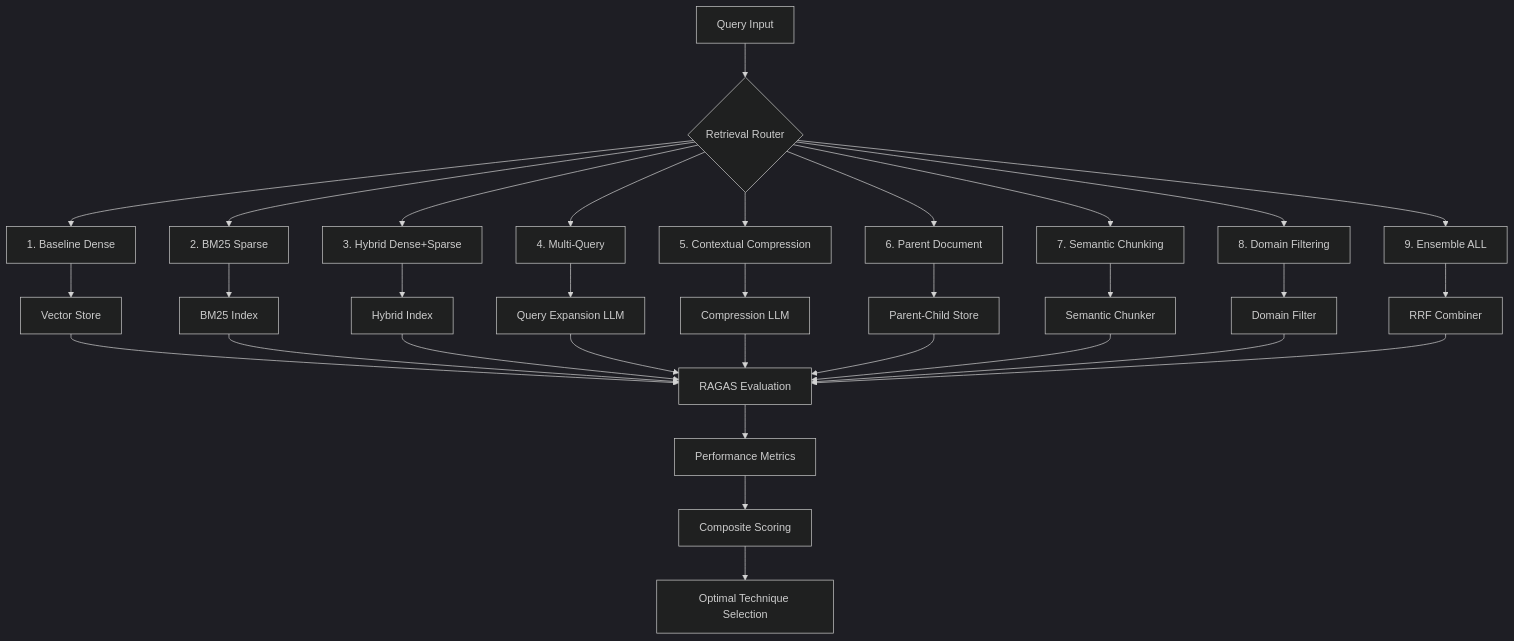
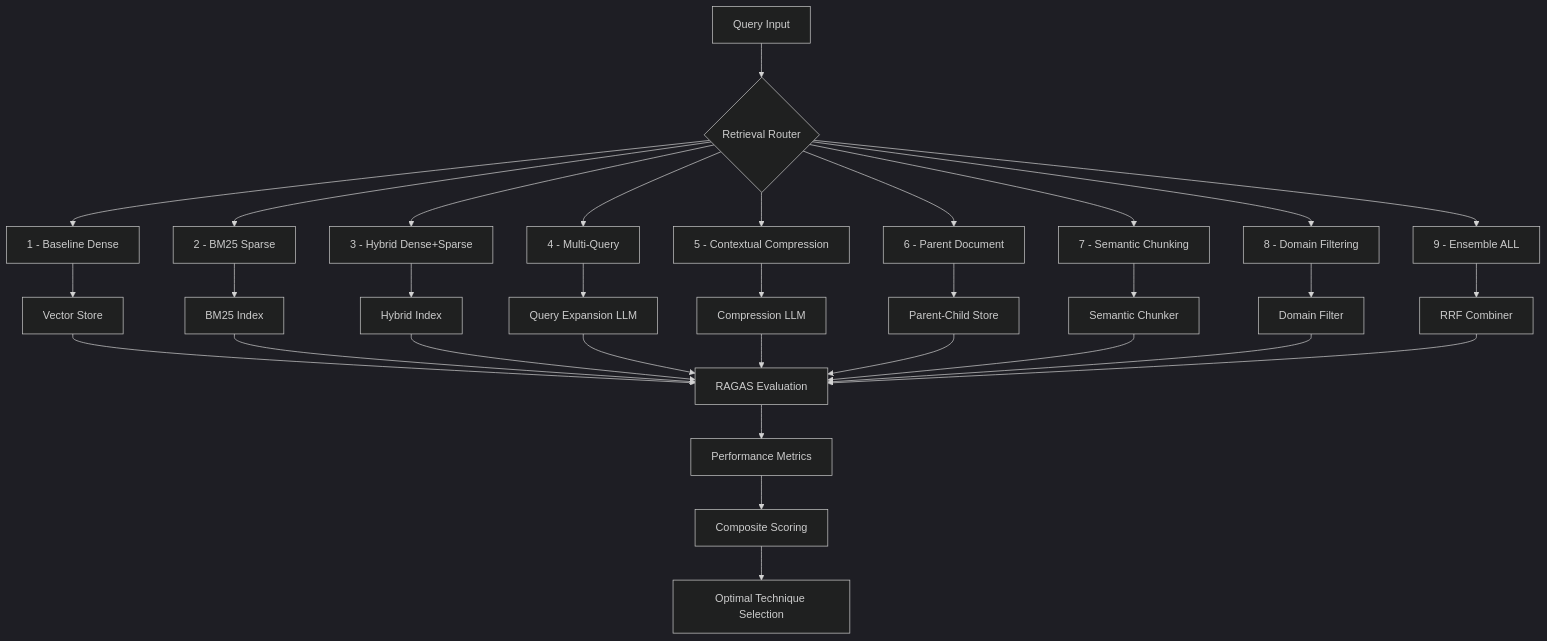
The second of 4 diagrams in docs/CERTIFICATION_CHALLENGE.md (ovokpus/InvestigatorAI), drawn with Mermaid (dark theme) before and after one commit.

Commit message:
minor correction to mermaid code

````diff
--- a/docs/CERTIFICATION_CHALLENGE.md
+++ b/docs/CERTIFICATION_CHALLENGE.md
@@ -514,38 +514,38 @@
 ```mermaid
 graph TB
     A[Query Input] --> B{Retrieval Router}
     
-    B --> C[1. Baseline Dense]
-    B --> D[2. BM25 Sparse] 
-    B --> E[3. Hybrid Dense+Sparse]
-    B --> F[4. Multi-Query]
-    B --> G[5. Contextual Compression]
-    B --> H[6. Parent Document]
-    B --> I[7. Semantic Chunking]
-    B --> J[8. Domain Filtering]
-    B --> K[9. Ensemble ALL]
+    B --> C[1 - Baseline Dense]
+    B --> D[2 - BM25 Sparse] 
+    B --> E[3 - Hybrid Dense+Sparse]
+    B --> F[4 - Multi-Query]
+    B --> G[5 - Contextual Compression]
+    B --> H[6 - Parent Document]
+    B --> I[7 - Semantic Chunking]
+    B --> J[8 - Domain Filtering]
+    B --> K[9 - Ensemble ALL]
     
     C --> L[Vector Store]
     D --> M[BM25 Index]
     E --> N[Hybrid Index]
     F --> O[Query Expansion LLM]
     G --> P[Compression LLM]
     H --> Q[Parent-Child Store]
     I --> R[Semantic Chunker]
     J --> S[Domain Filter]
     K --> T[RRF Combiner]
     
     L --> U[RAGAS Evaluation]
     M --> U
     N --> U
     O --> U
     P --> U
     Q --> U
     R --> U
     S --> U
     T --> U
     
     U --> V[Performance Metrics]
     V --> W[Composite Scoring]
     W --> X[Optimal Technique Selection]
 ```
````
